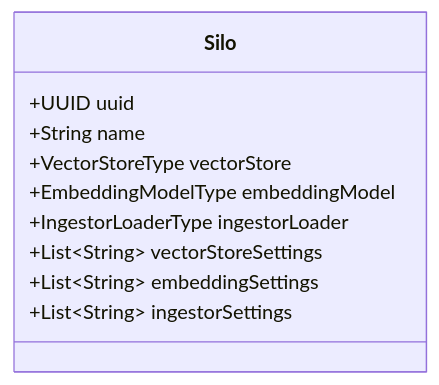
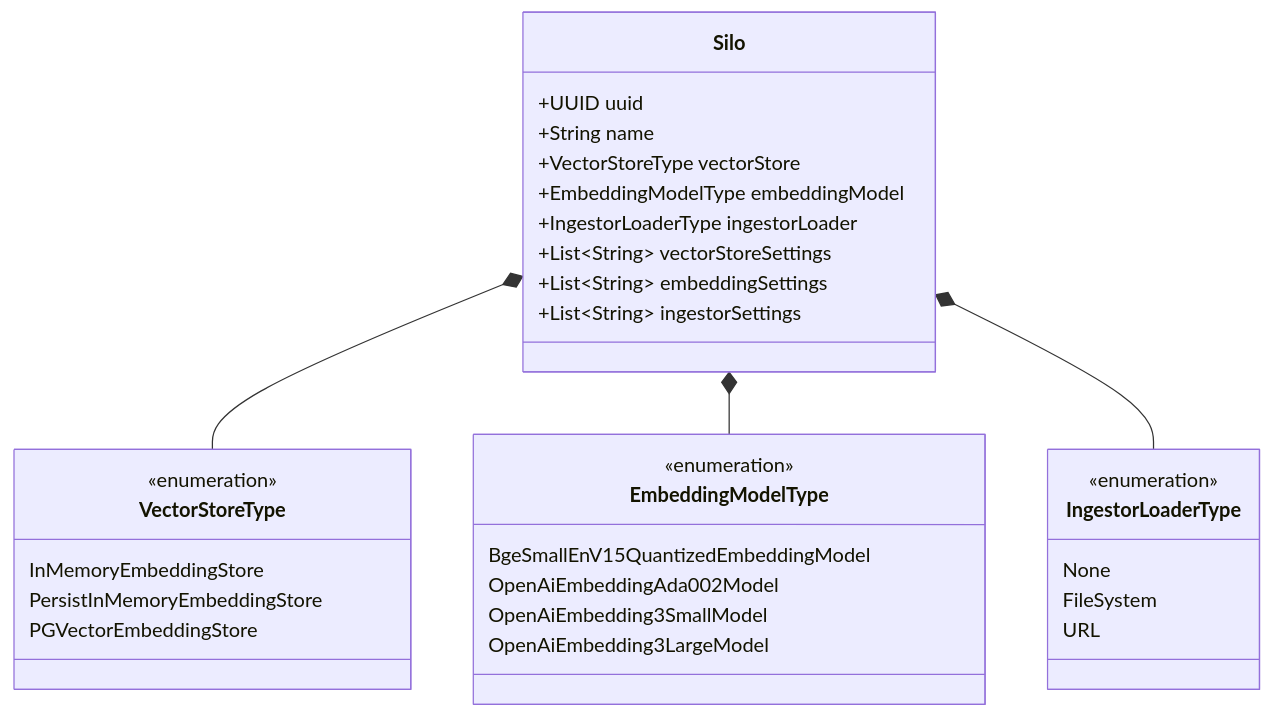
Before and after one commit to dRAGon-Okinawa/docs: the third of 3 diagrams in docs/about-dragon/glossary/whats-a-silo.md, drawn with Mermaid.

Commit message:
GITBOOK-41: No subject

````diff
--- a/docs/about-dragon/glossary/whats-a-silo.md
+++ b/docs/about-dragon/glossary/whats-a-silo.md
@@ -37,14 +37,35 @@
 ```mermaid
 classDiagram
 class Silo {
     +UUID uuid
     +String name
     +VectorStoreType vectorStore
     +EmbeddingModelType embeddingModel
     +IngestorLoaderType ingestorLoader
     +List~String~ vectorStoreSettings
     +List~String~ embeddingSettings
     +List~String~ ingestorSettings
 }
-
+class VectorStoreType {
+    <<enumeration>>
+    InMemoryEmbeddingStore
+    PersistInMemoryEmbeddingStore
+    PGVectorEmbeddingStore
+}
+Silo *-- VectorStoreType
+class EmbeddingModelType {
+    <<enumeration>>
+    BgeSmallEnV15QuantizedEmbeddingModel
+    OpenAiEmbeddingAda002Model
+    OpenAiEmbedding3SmallModel
+    OpenAiEmbedding3LargeModel
+}
+Silo *-- EmbeddingModelType
+class IngestorLoaderType {
+    <<enumeration>>
+    None
+    FileSystem
+    URL
+}
+Silo *-- IngestorLoaderType
 ```
````
